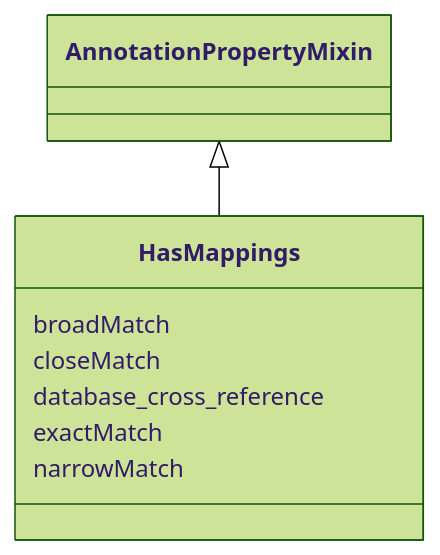
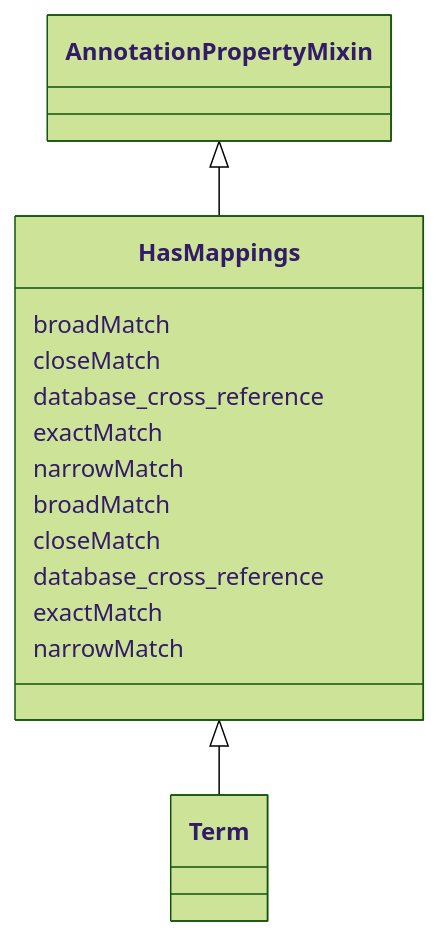
Before and after one commit to INCATools/ontology-access-kit: the diagram in ontology-metadata/HasMappings.md, drawn with Mermaid (forest theme). The commit also changed 245 other files, not shown here.

````diff
--- a/ontology-metadata/HasMappings.md
+++ b/ontology-metadata/HasMappings.md
@@ -13,12 +13,21 @@
 ```{mermaid}
  classDiagram
+    class HasMappings
       AnnotationPropertyMixin <|-- HasMappings
       
       HasMappings : broadMatch
       HasMappings : closeMatch
       HasMappings : database_cross_reference
       HasMappings : exactMatch
       HasMappings : narrowMatch
       
 
+      HasMappings <|-- Term
+      
+      HasMappings : broadMatch
+      HasMappings : closeMatch
+      HasMappings : database_cross_reference
+      HasMappings : exactMatch
+      HasMappings : narrowMatch
+      
 ```
````
